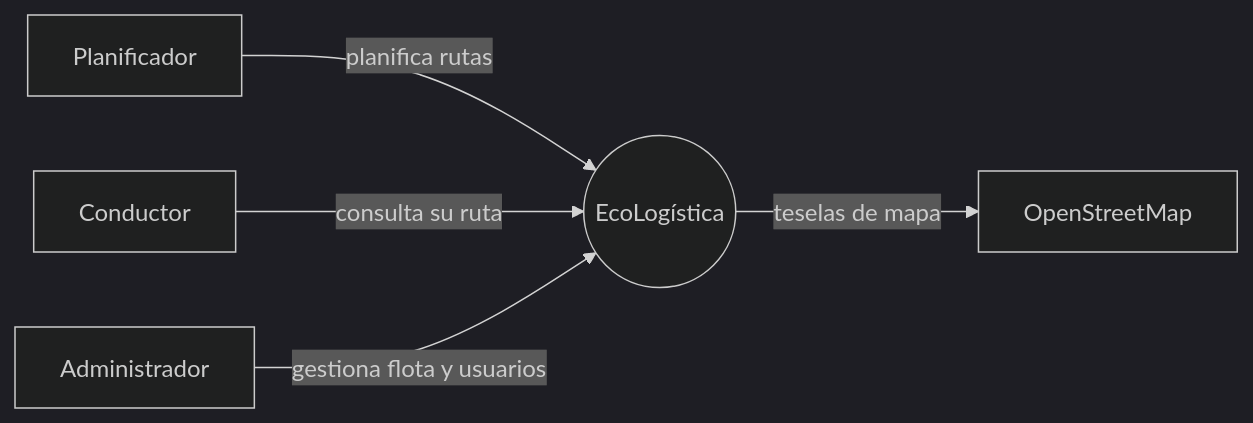
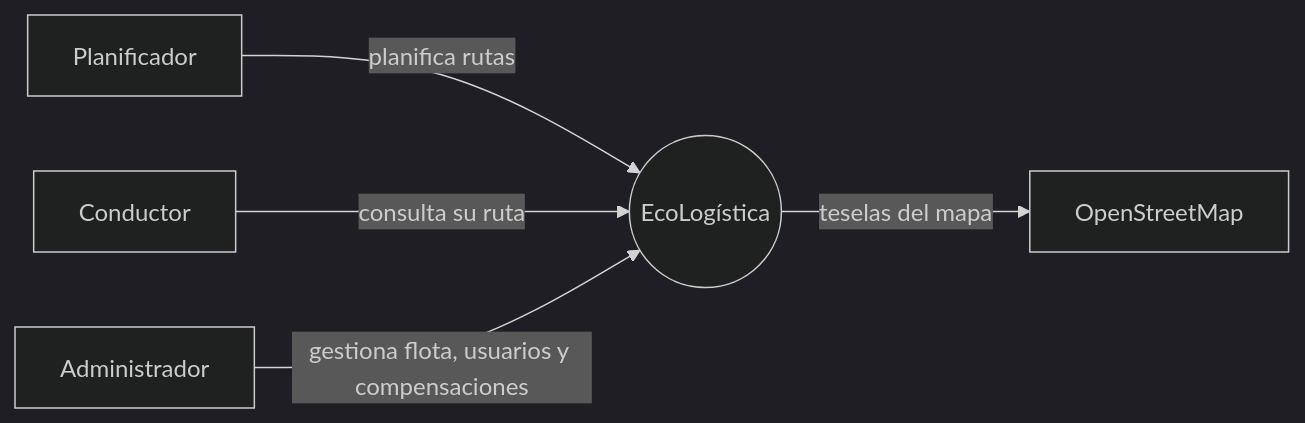
One commit to FernandoR0/ecologistica changed the first of 3 diagrams in docs/01 Inicio/12. Modelo C4 V_1_0_0.md. Above: the diagram before and after it, drawn with Mermaid (dark theme). The commit also changed other lines of this file and 51 other files, not shown here.

````diff
--- a/docs/01 Inicio/12. Modelo C4 V_1_0_0.md
+++ b/docs/01 Inicio/12. Modelo C4 V_1_0_0.md
@@ -17,7 +17,7 @@
 ```mermaid
 flowchart LR
   P[Planificador] -->|planifica rutas| S((EcoLogística))
   C[Conductor] -->|consulta su ruta| S
-  A[Administrador] -->|gestiona flota y usuarios| S
-  S -->|teselas de mapa| OSM[OpenStreetMap]
+  A[Administrador] -->|gestiona flota, usuarios y compensaciones| S
+  S -->|teselas del mapa| OSM[OpenStreetMap]
 ```
````
